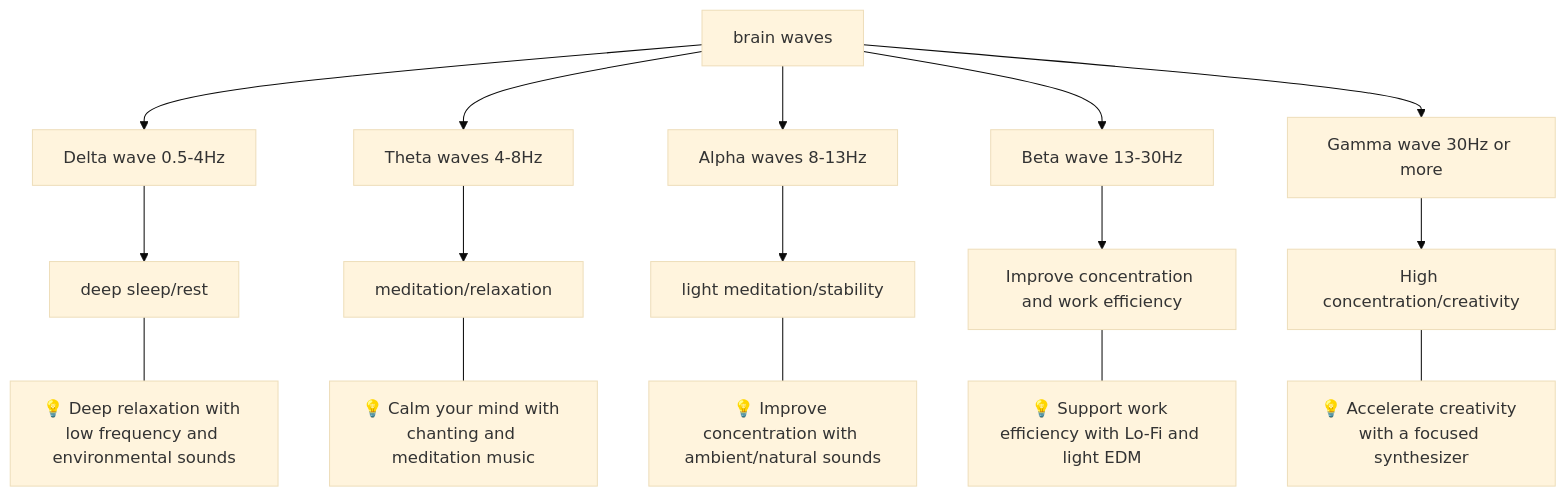
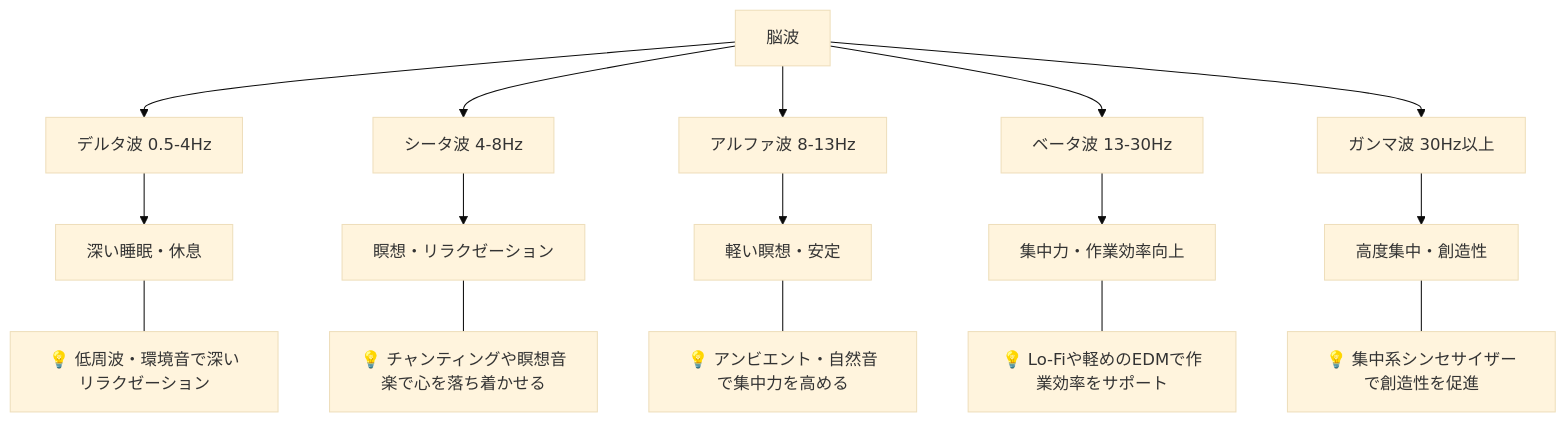
The first of 4 diagrams in en/_posts/2025-11-09-column-yoga-music.md (monumental-movement/monumental-movement.github.io), drawn with Mermaid (base theme) before and after one commit. The commit also changed other lines of this file and 2196 other files, not shown here.

```diff
--- a/en/_posts/2025-11-09-column-yoga-music.md
+++ b/en/_posts/2025-11-09-column-yoga-music.md
@@ -117,25 +117,25 @@
 <div class="mermaid">
 
 flowchart TD
-    A[brain waves] --> B[Delta wave 0.5-4Hz]
-    A --> C[Theta waves 4-8Hz]
-    A --> D[Alpha waves 8-13Hz]
-    A --> E[Beta wave 13-30Hz]
-    A --> F[Gamma wave 30Hz or more]
+    A[脳波] --> B[デルタ波 0.5-4Hz]
+    A --> C[シータ波 4-8Hz]
+    A --> D[アルファ波 8-13Hz]
+    A --> E[ベータ波 13-30Hz]
+    A --> F[ガンマ波 30Hz以上]
 
-    B --> B1[deep sleep/rest]
-    B1 --- BB["💡 Deep relaxation with low frequency and environmental sounds"]
+    B --> B1[深い睡眠・休息]
+    B1 --- BB["💡 低周波・環境音で深いリラクゼーション"]
     
-    C --> C1[meditation/relaxation]
-    C1 --- CC["💡 Calm your mind with chanting and meditation music"]
+    C --> C1[瞑想・リラクゼーション]
+    C1 --- CC["💡 チャンティングや瞑想音楽で心を落ち着かせる"]
     
-    D --> D1[light meditation/stability]
-    D1 --- DD["💡 Improve concentration with ambient/natural sounds"]
+    D --> D1[軽い瞑想・安定]
+    D1 --- DD["💡 アンビエント・自然音で集中力を高める"]
     
-    E --> E1[Improve concentration and work efficiency]
-    E1 --- EE["💡 Support work efficiency with Lo-Fi and light EDM"]
+    E --> E1[集中力・作業効率向上]
+    E1 --- EE["💡 Lo-Fiや軽めのEDMで作業効率をサポート"]
     
-    F --> F1[High concentration/creativity]
-    F1 --- FF["💡 Accelerate creativity with a focused synthesizer"]
+    F --> F1[高度集中・創造性]
+    F1 --- FF["💡 集中系シンセサイザーで創造性を促進"]
 
 </div>
```
